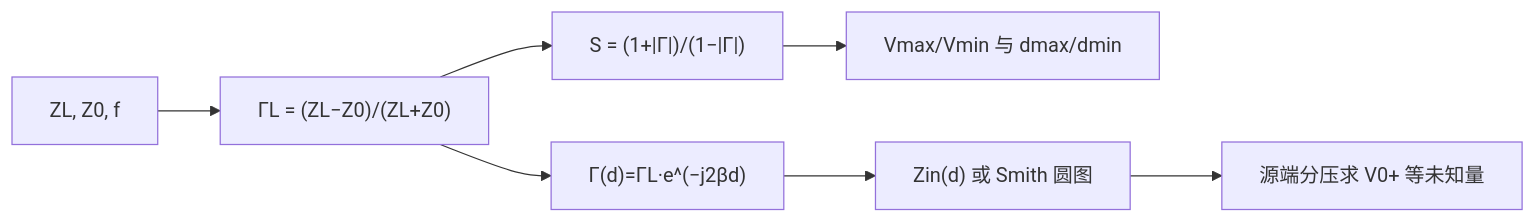
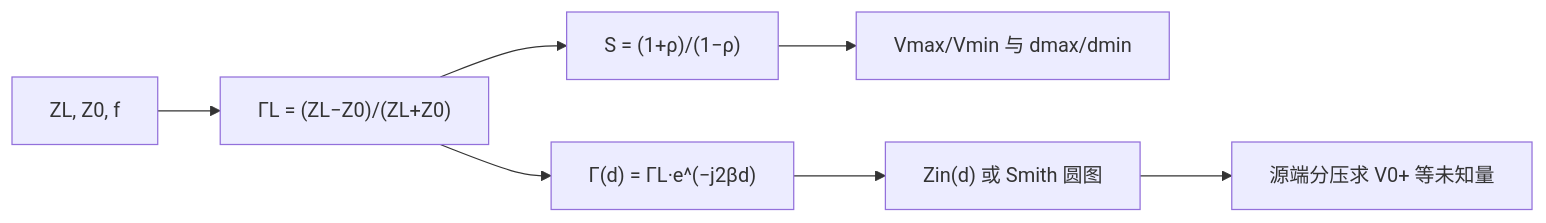
One commit to Ryan-wu-web/ryanwu_blog changed the diagram in source/_posts/2026-10-25-emag-midterm-guide.md. Above: the diagram before and after it, drawn with Mermaid. The commit also changed other lines of this file and 2 other files, not shown here.

````diff
--- a/source/_posts/2026-10-25-emag-midterm-guide.md
+++ b/source/_posts/2026-10-25-emag-midterm-guide.md
@@ -32,9 +32,9 @@
 ```mermaid
 flowchart LR
     A["ZL, Z0, f"] --> B["ΓL = (ZL−Z0)/(ZL+Z0)"]
-    B --> C["S = (1+|Γ|)/(1−|Γ|)"]
+    B --> C["S = (1+ρ)/(1−ρ)"]
     C --> D["Vmax/Vmin 与 dmax/dmin"]
-    B --> E["Γ(d)=ΓL·e^(−j2βd)"]
+    B --> E["Γ(d) = ΓL·e^(−j2βd)"]
     E --> F["Zin(d) 或 Smith 圆图"]
     F --> G["源端分压求 V0+ 等未知量"]
 ```
````
